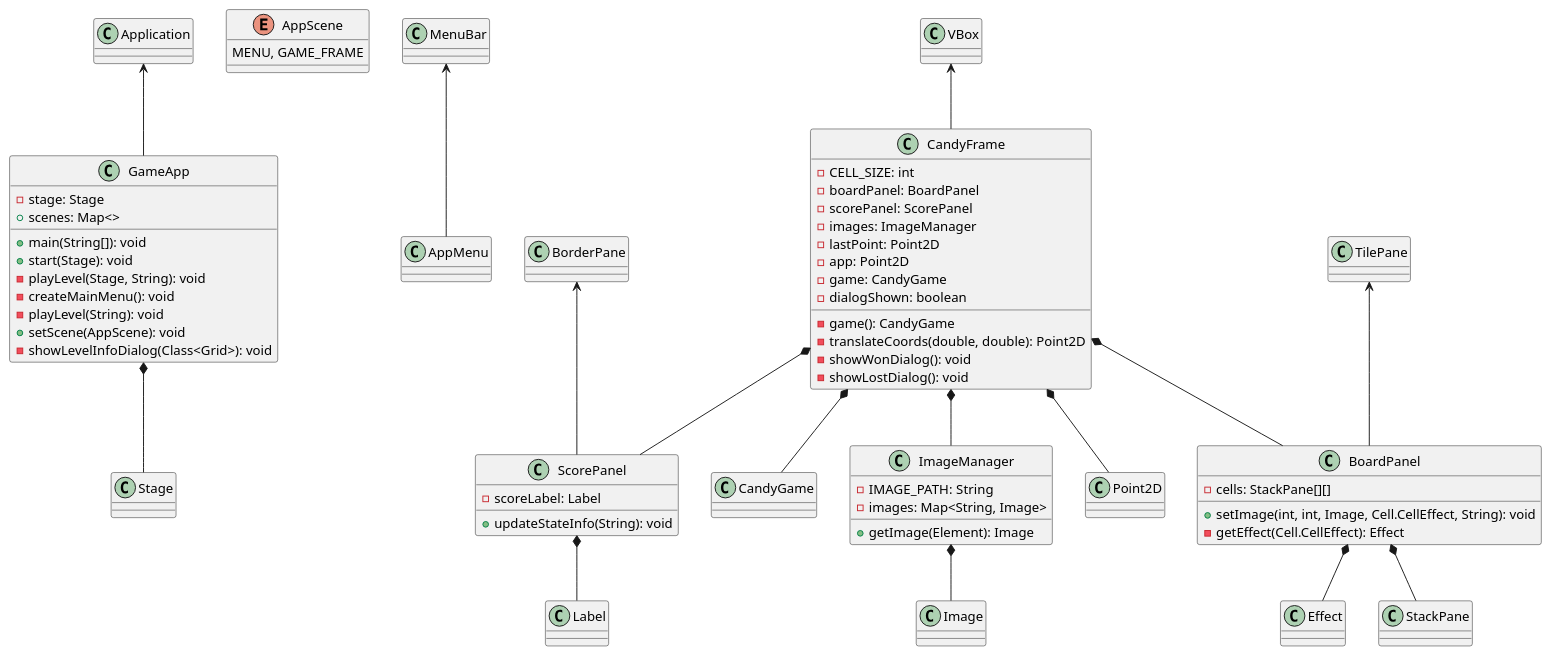
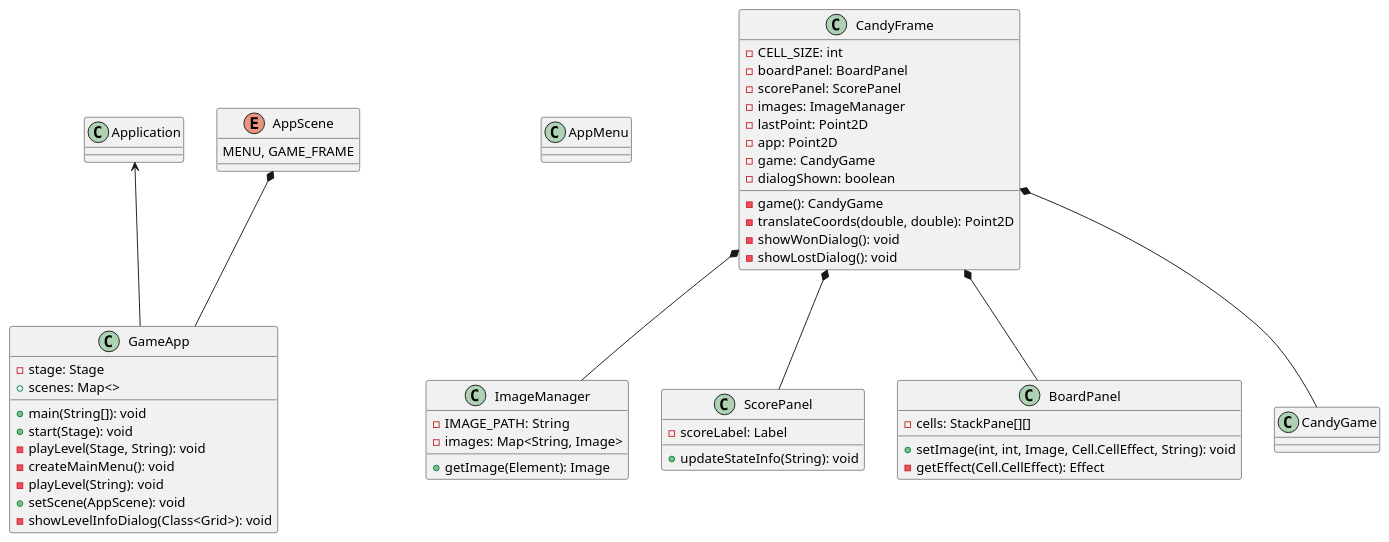
Before and after one commit to matiapa/itba-poo-final: the diagram in src/game/frontend/frontend.plantuml, drawn with PlantUML.

Commit message:
Se corrigio frontend uml

```diff
--- a/src/game/frontend/frontend.plantuml
+++ b/src/game/frontend/frontend.plantuml
@@ -1,103 +1,91 @@
 @startuml
 
 ' --------------- FRONTEND --------------- '
 
 'GameApp'
 
 class GameApp{
  - stage: Stage
  + scenes: Map<>
 
  + main(String[]): void
  + start(Stage): void
  - playLevel(Stage, String): void
  - createMainMenu(): void
  - playLevel(String): void
  + setScene(AppScene): void
  - showLevelInfoDialog(Class<Grid>): void
 }
 
-GameApp *-- Stage
 Application <-- GameApp
 
 
 'AppScene'
 
 enum AppScene{
  MENU, GAME_FRAME
 }
+AppScene *-- GameApp
 
 
 'AppMenu'
 
 class AppMenu{
 
 }
 
-MenuBar <-- AppMenu
 
-
+'ImageManager'
 
 class ImageManager {
  - IMAGE_PATH: String
  - images: Map<String, Image>
 
  + getImage(Element): Image
 }
-
-ImageManager *-- Image
 
 
 'ScorePanel'
 
 class ScorePanel {
  - scoreLabel: Label
 
  + updateStateInfo(String): void
 }
-
-BorderPane <-- ScorePanel
-ScorePanel *-- Label
 
 
 'CandyFrame'
 
 class CandyFrame {
  - CELL_SIZE: int
  - boardPanel: BoardPanel
  - scorePanel: ScorePanel
  - images: ImageManager
  - lastPoint: Point2D
  - app: Point2D
  - game: CandyGame
  - dialogShown: boolean
 
  - game(): CandyGame
  - translateCoords(double, double): Point2D
  - showWonDialog(): void
  - showLostDialog(): void
 }
 
-VBox <-- CandyFrame
 CandyFrame *-- BoardPanel
 CandyFrame *-- ScorePanel
 CandyFrame *-- ImageManager
-CandyFrame *-- Point2D
 CandyFrame *-- CandyGame
 
 
 'BoardPanel'
 
 class BoardPanel {
  - cells: StackPane[][]
 
  + setImage(int, int, Image, Cell.CellEffect, String): void
  - getEffect(Cell.CellEffect): Effect
 }
 
-TilePane <-- BoardPanel
-BoardPanel *-- Effect
-BoardPanel *-- StackPane
-
 
 @enduml
```
